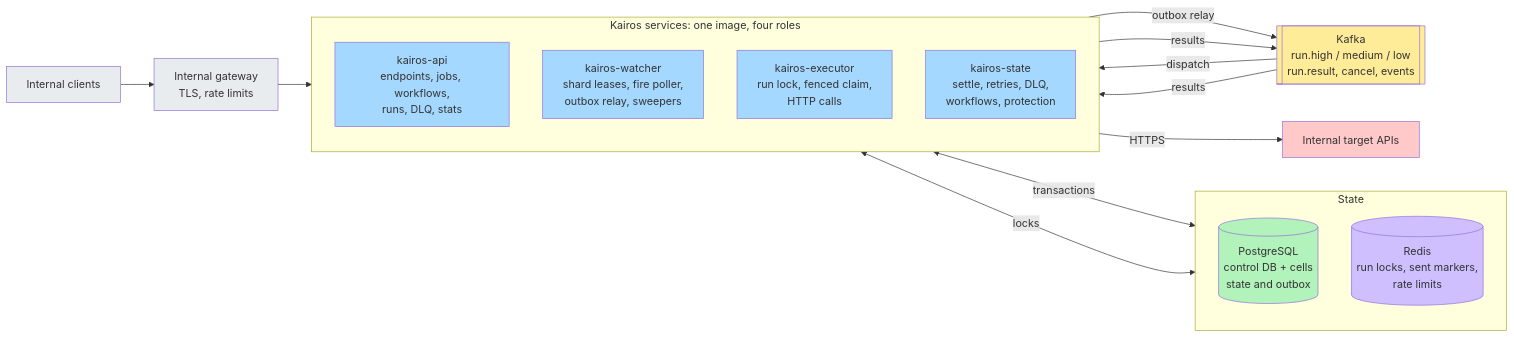
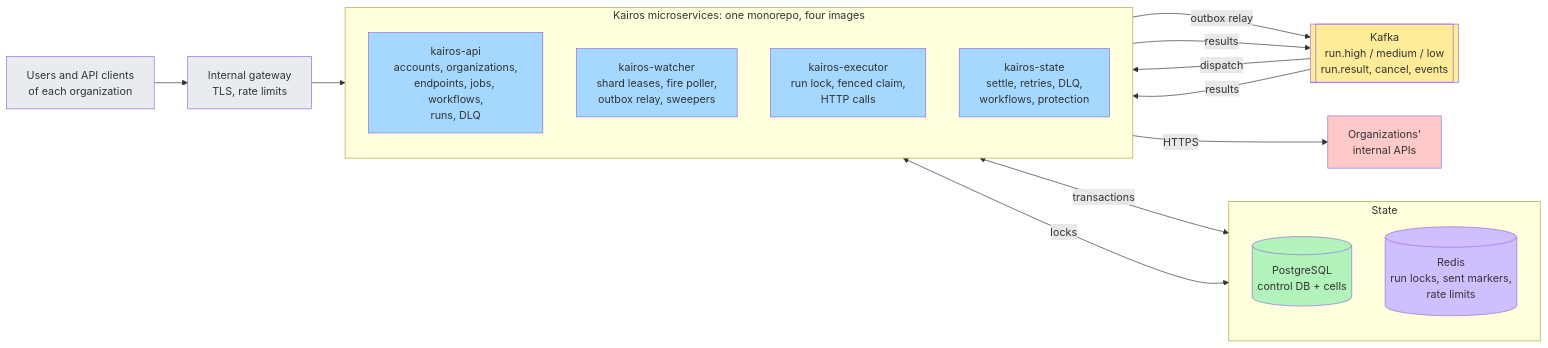
One commit to AbhishekKhot/Distributed-Job-Scheduler changed the diagram in lld/diagrams/src/hld-architecture.mmd. Above: the diagram before and after it, drawn with Mermaid. The commit also changed 21 other files, not shown here.

```diff
--- a/lld/diagrams/src/hld-architecture.mmd
+++ b/lld/diagrams/src/hld-architecture.mmd
@@ -1,30 +1,30 @@
 flowchart LR
   classDef svc fill:#a5d8ff
   classDef db fill:#b2f2bb
   classDef bus fill:#ffec99
   classDef ext fill:#ffc9c9
   classDef cache fill:#d0bfff
   classDef grey fill:#e9ecef
-  CL["Internal clients"]:::grey --> GW["Internal gateway<br/>TLS, rate limits"]:::grey
-  subgraph SVC["Kairos services: one image, four roles"]
+  U["Users and API clients<br/>of each organization"]:::grey --> GW["Internal gateway<br/>TLS, rate limits"]:::grey
+  subgraph SVC["Kairos microservices: one monorepo, four images"]
     direction TB
-    API["kairos-api<br/>endpoints, jobs, workflows,<br/>runs, DLQ, stats"]:::svc
+    API["kairos-api<br/>accounts, organizations,<br/>endpoints, jobs, workflows,<br/>runs, DLQ"]:::svc
     W["kairos-watcher<br/>shard leases, fire poller,<br/>outbox relay, sweepers"]:::svc
     E["kairos-executor<br/>run lock, fenced claim,<br/>HTTP calls"]:::svc
     S["kairos-state<br/>settle, retries, DLQ,<br/>workflows, protection"]:::svc
   end
   GW --> API
   subgraph DATA["State"]
     direction TB
-    PG[("PostgreSQL<br/>control DB + cells<br/>state and outbox")]:::db
+    PG[("PostgreSQL<br/>control DB + cells")]:::db
     R[("Redis<br/>run locks, sent markers,<br/>rate limits")]:::cache
   end
   K[["Kafka<br/>run.high / medium / low<br/>run.result, cancel, events"]]:::bus
-  T["Internal target APIs"]:::ext
+  T["Organizations'<br/>internal APIs"]:::ext
   SVC <-->|"transactions"| PG
   SVC <-->|"locks"| R
   W -->|"outbox relay"| K
   K -->|"dispatch"| E
   E -->|"results"| K
   K -->|"results"| S
   E -->|"HTTPS"| T
```
